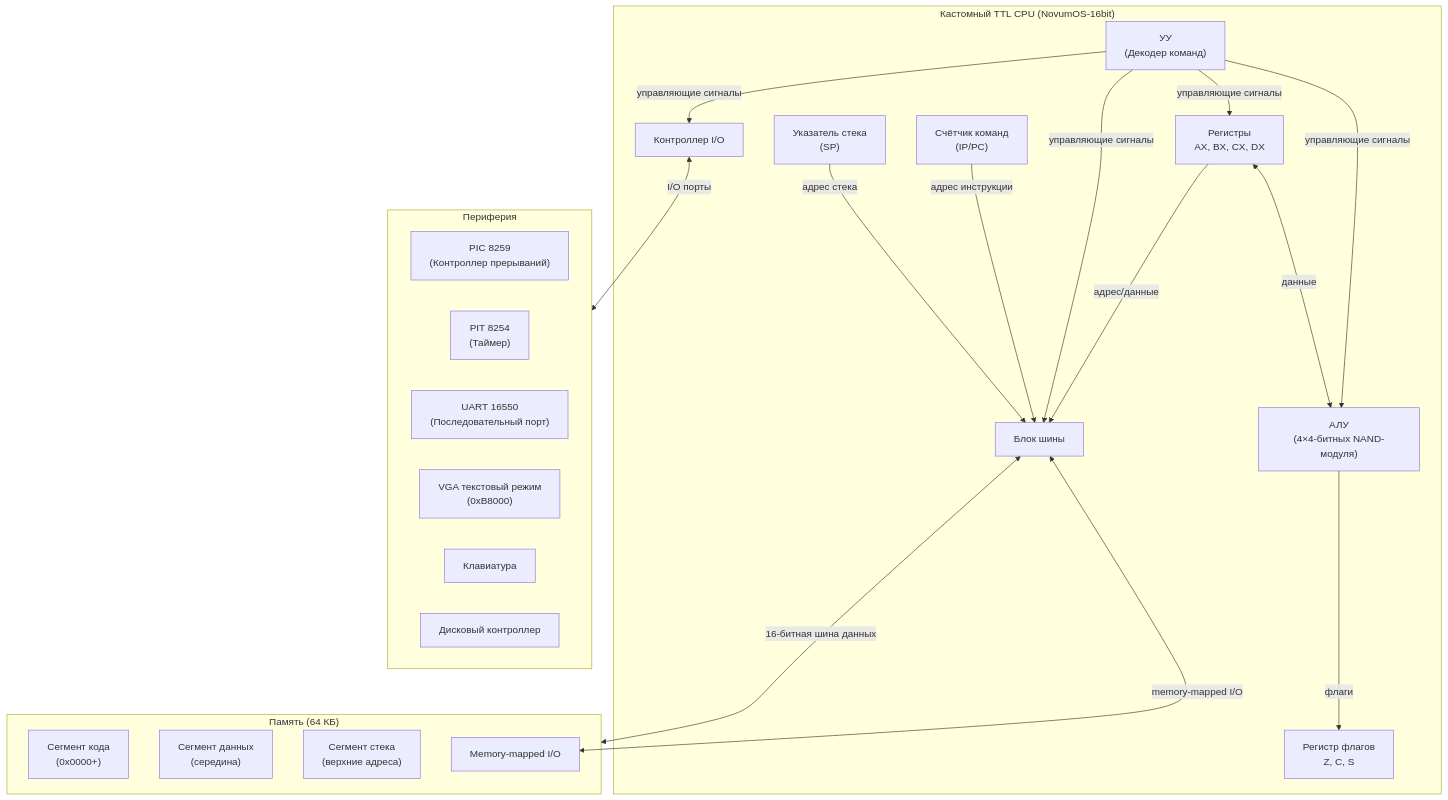
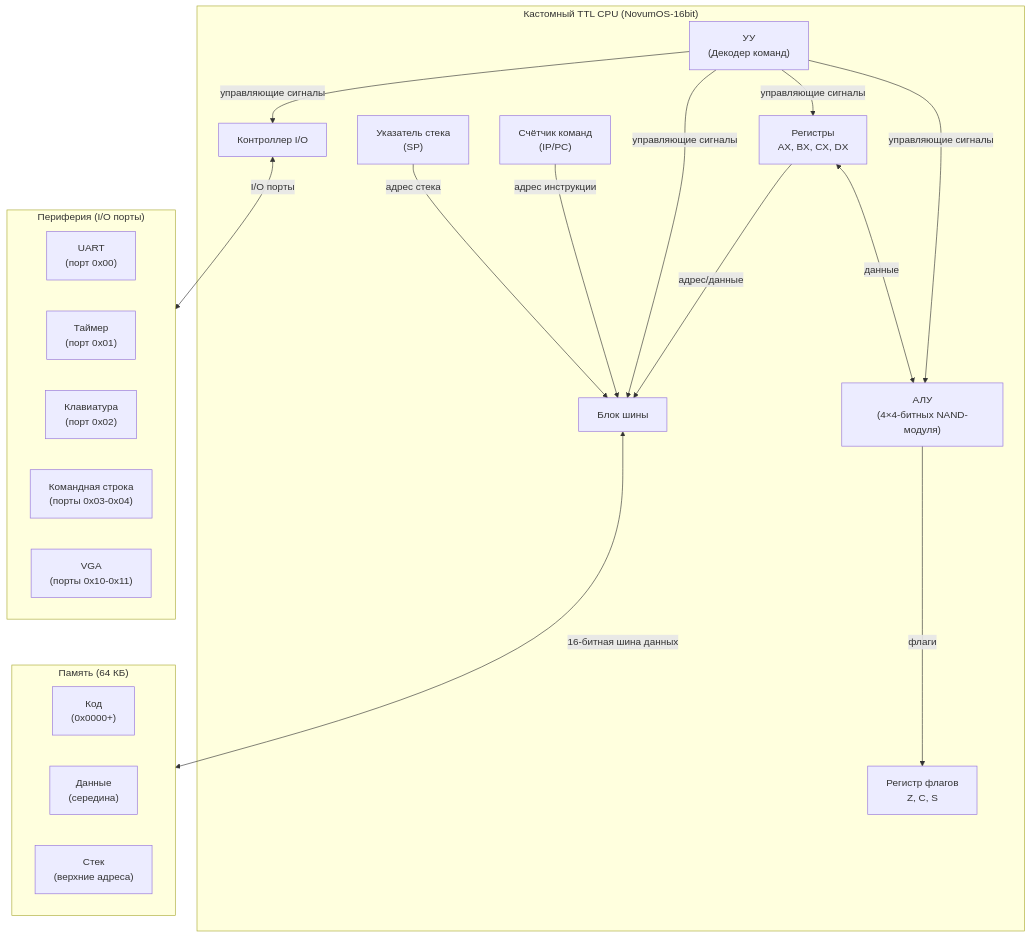
One commit to MinecAnton209/NovumOS-16bit changed the diagram in docs/README-RU.md. Above: the diagram before and after it, drawn with Mermaid. The commit also changed other lines of this file and 20 other files, not shown here.

````diff
--- a/docs/README-RU.md
+++ b/docs/README-RU.md
@@ -97,42 +146,39 @@
 ```mermaid
 graph TB
     subgraph CPU["Кастомный TTL CPU (NovumOS-16bit)"]
         CU["УУ<br/>(Декодер команд)"]
         ALU["АЛУ<br/>(4×4-битных NAND-модуля)"]
         REGS["Регистры<br/>AX, BX, CX, DX"]
         SP_REG["Указатель стека<br/>(SP)"]
         PC_REG["Счётчик команд<br/>(IP/PC)"]
         FLAGS_REG["Регистр флагов<br/>Z, C, S"]
         BIU["Блок шины"]
         IOC["Контроллер I/O"]
     end
 
     subgraph Memory["Память (64 КБ)"]
-        CODE["Сегмент кода<br/>(0x0000+)"]
-        DATA["Сегмент данных<br/>(середина)"]
-        STACK["Сегмент стека<br/>(верхние адреса)"]
-        IOMAP["Memory-mapped I/O"]
+        CODE["Код<br/>(0x0000+)"]
+        DATA["Данные<br/>(середина)"]
+        STACK["Стек<br/>(верхние адреса)"]
     end
 
-    subgraph Peripherals["Периферия"]
-        PIC["PIC 8259<br/>(Контроллер прерываний)"]
-        PIT["PIT 8254<br/>(Таймер)"]
-        UART["UART 16550<br/>(Последовательный порт)"]
-        VGA["VGA текстовый режим<br/>(0xB8000)"]
-        KBD["Клавиатура"]
-        DISK["Дисковый контроллер"]
+    subgraph Peripherals["Периферия (I/O порты)"]
+        UART["UART<br/>(порт 0x00)"]
+        TIMER["Таймер<br/>(порт 0x01)"]
+        KBD["Клавиатура<br/>(порт 0x02)"]
+        LINE["Командная строка<br/>(порты 0x03-0x04)"]
+        VGA["VGA<br/>(порты 0x10-0x11)"]
     end
 
     CU -->|управляющие сигналы| ALU
     CU -->|управляющие сигналы| REGS
     CU -->|управляющие сигналы| BIU
     CU -->|управляющие сигналы| IOC
     REGS <-->|данные| ALU
     ALU -->|флаги| FLAGS_REG
     REGS -->|адрес/данные| BIU
     PC_REG -->|адрес инструкции| BIU
     SP_REG -->|адрес стека| BIU
     BIU <-->|"16-битная шина данных"| Memory
     IOC <-->|I/O порты| Peripherals
-    BIU <-->|memory-mapped I/O| IOMAP
 ```
````
